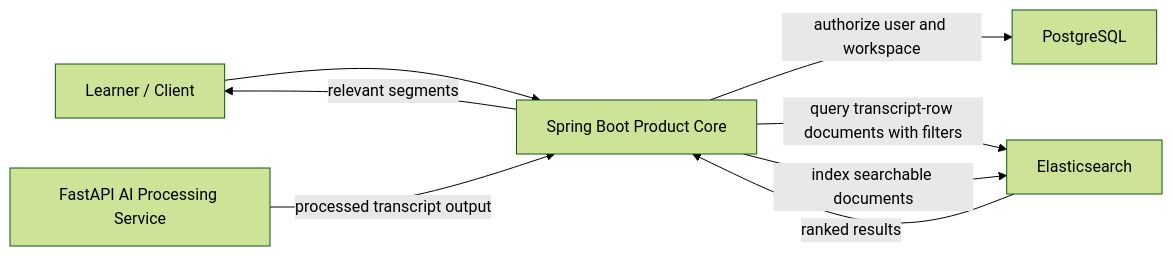
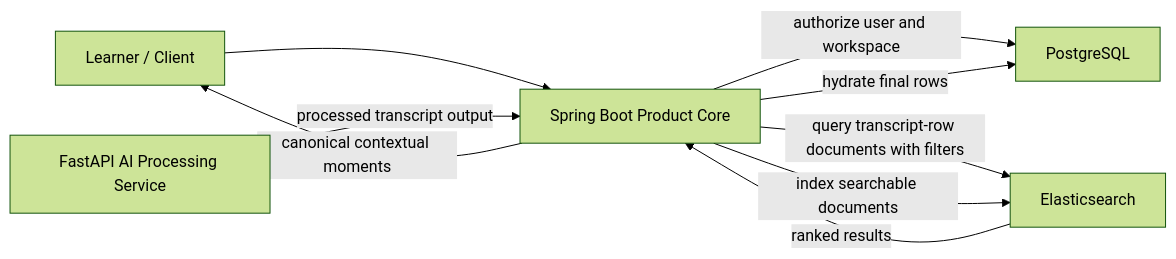
The first of 2 diagrams in docs/architecture/03-search-architecture.md (quangducnguyen1205/ai-knowledge-workspace), drawn with Mermaid (forest theme) before and after one commit. The commit also changed other lines of this file and 35 other files, not shown here.

````diff
--- a/docs/architecture/03-search-architecture.md
+++ b/docs/architecture/03-search-architecture.md
@@ -9,10 +9,11 @@
 ```mermaid
 flowchart LR
     U["Learner / Client"] --> S["Spring Boot Product Core"]
     S -->|authorize user and workspace| P["PostgreSQL"]
     S -->|query transcript-row documents with filters| E["Elasticsearch"]
     E -->|ranked results| S
-    S -->|relevant segments| U
+    S -->|hydrate final rows| P
+    S -->|canonical contextual moments| U
     F["FastAPI AI Processing Service"] -->|processed transcript output| S
     S -->|index searchable documents| E
 ```
````
